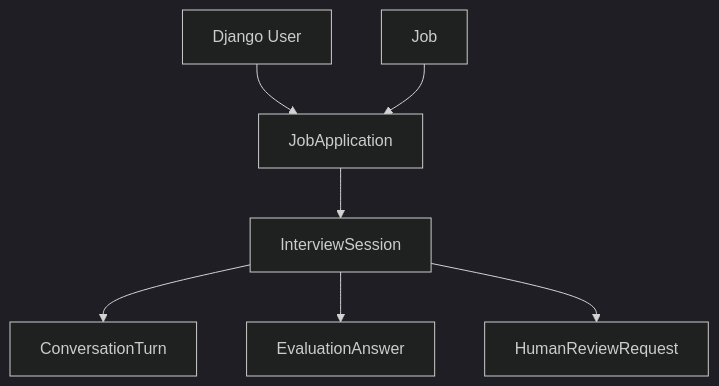
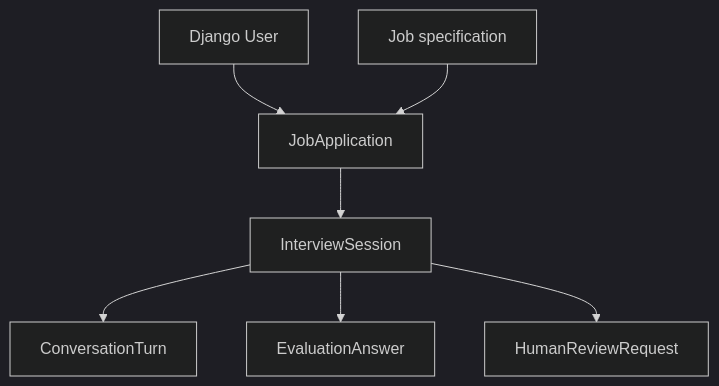
Before and after one commit to jaredturck/AI-interview: the second of 5 diagrams in docs/ARCHITECTURE.md, drawn with Mermaid (dark theme). The commit also changed other lines of this file and 31 other files, not shown here.

````diff
--- a/docs/ARCHITECTURE.md
+++ b/docs/ARCHITECTURE.md
@@ -28,9 +29,9 @@
 ```mermaid
 flowchart TD
     User[Django User] --> Application[JobApplication]
-    Job[Job] --> Application
+    Job[Job specification] --> Application
     Application --> Interview[InterviewSession]
     Interview --> Turns[ConversationTurn]
     Interview --> Answers[EvaluationAnswer]
     Interview --> Review[HumanReviewRequest]
 ```
````
